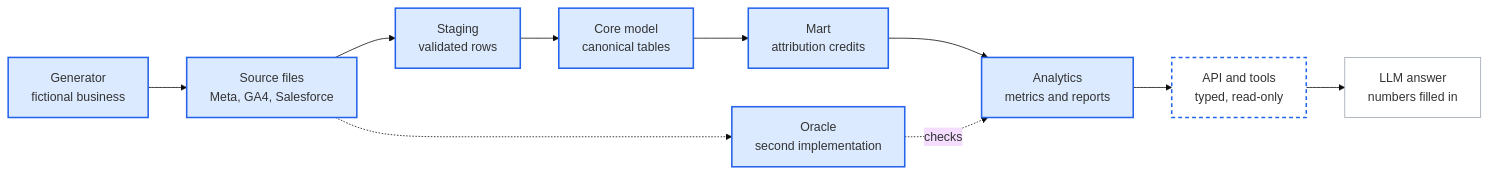
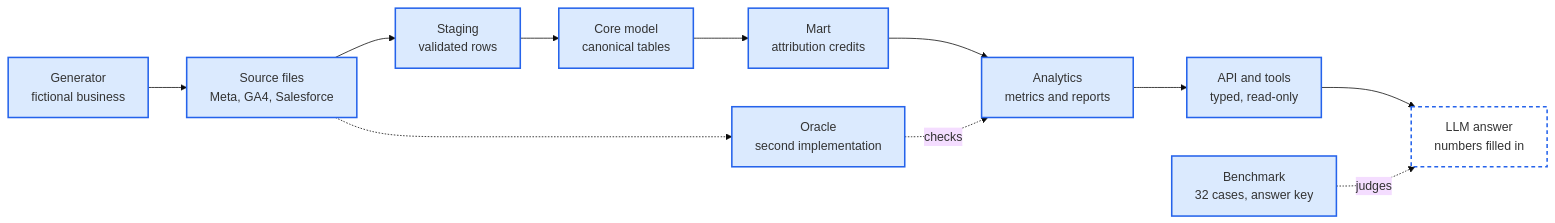
One commit to Dp-6640/MarketingIQ changed the diagram in docs/build-journal.md. Above: the diagram before and after it, drawn with Mermaid (base theme). The commit also changed other lines of this file, not shown here.

Commit message:
Journal: step 11, the last tools and the benchmark

````diff
--- a/docs/build-journal.md
+++ b/docs/build-journal.md
@@ -30,15 +30,16 @@
 ```mermaid
 flowchart LR
     gen["Generator<br/>fictional business"]:::built --> files["Source files<br/>Meta, GA4, Salesforce"]:::built
     files --> staging["Staging<br/>validated rows"]:::built
     staging --> core["Core model<br/>canonical tables"]:::built
     core --> mart["Mart<br/>attribution credits"]:::built
     mart --> analytics["Analytics<br/>metrics and reports"]:::built
-    analytics --> api["API and tools<br/>typed, read-only"]:::next
+    analytics --> api["API and tools<br/>typed, read-only"]:::built
     oracle["Oracle<br/>second implementation"]:::built -.->|checks| analytics
     files -.-> oracle
-    api --> llm["LLM answer<br/>numbers filled in"]:::planned
+    api --> llm["LLM answer<br/>numbers filled in"]:::next
+    bench["Benchmark<br/>32 cases, answer key"]:::built -.->|judges| llm
     classDef built fill:#dbeafe,stroke:#2563eb,stroke-width:2px
     classDef next fill:#fff,stroke:#2563eb,stroke-width:2px,stroke-dasharray:5 4
     classDef planned fill:#fff,stroke:#9ca3af
 ```
````
